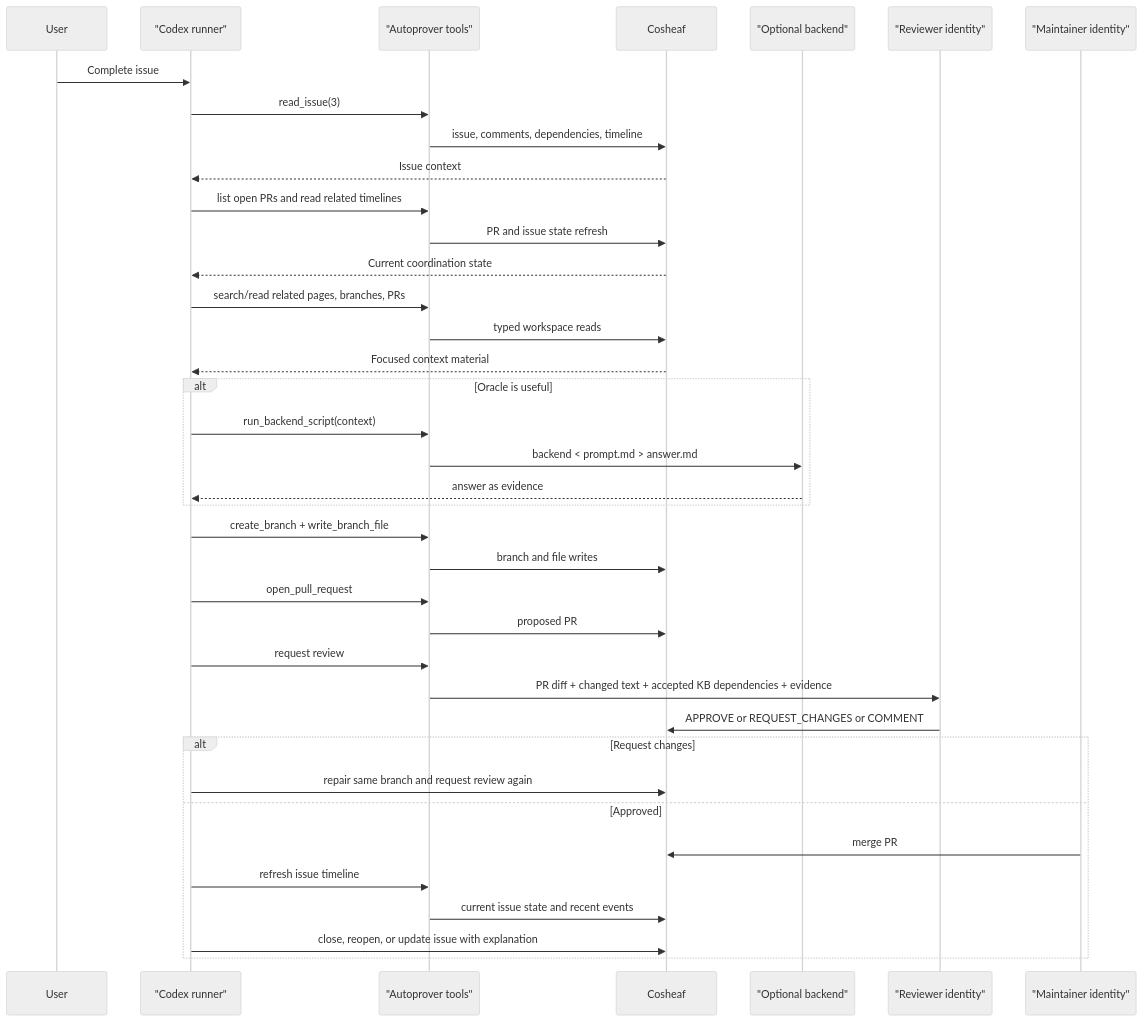
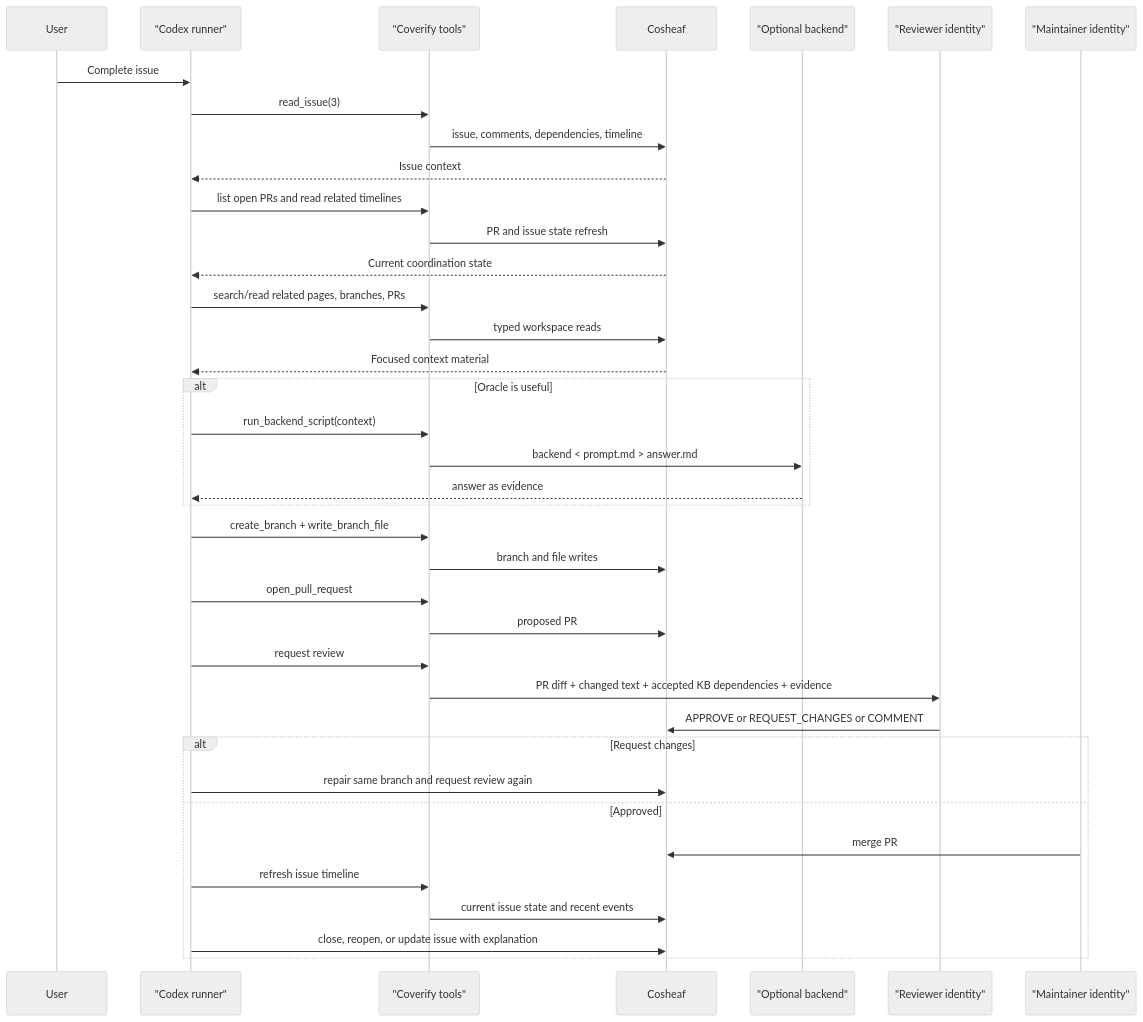
Before and after one commit to chaoxu/coverify: the diagram in docs/design.md, drawn with Mermaid (neutral theme). The commit also changed other lines of this file and 81 other files, not shown here.

Commit message:
Rename autoprover to coverify

````diff
--- a/docs/design.md
+++ b/docs/design.md
@@ -562,44 +562,44 @@
 ```mermaid
 sequenceDiagram
     participant User
     participant Runner as "Codex runner"
-    participant Tools as "Autoprover tools"
+    participant Tools as "Coverify tools"
     participant Cosheaf
     participant Backend as "Optional backend"
     participant Reviewer as "Reviewer identity"
     participant Maintainer as "Maintainer identity"
 
     User->>Runner: Complete issue #3
     Runner->>Tools: read_issue(3)
     Tools->>Cosheaf: issue, comments, dependencies, timeline
     Cosheaf-->>Runner: Issue context
     Runner->>Tools: list open PRs and read related timelines
     Tools->>Cosheaf: PR and issue state refresh
     Cosheaf-->>Runner: Current coordination state
     Runner->>Tools: search/read related pages, branches, PRs
     Tools->>Cosheaf: typed workspace reads
     Cosheaf-->>Runner: Focused context material
 
     alt Oracle is useful
         Runner->>Tools: run_backend_script(context)
         Tools->>Backend: backend < prompt.md > answer.md
         Backend-->>Runner: answer as evidence
     end
 
     Runner->>Tools: create_branch + write_branch_file
     Tools->>Cosheaf: branch and file writes
     Runner->>Tools: open_pull_request
     Tools->>Cosheaf: proposed PR
     Runner->>Tools: request review
     Tools->>Reviewer: PR diff + changed text + accepted KB dependencies + evidence
     Reviewer->>Cosheaf: APPROVE or REQUEST_CHANGES or COMMENT
 
     alt Request changes
         Runner->>Cosheaf: repair same branch and request review again
     else Approved
         Maintainer->>Cosheaf: merge PR
         Runner->>Tools: refresh issue timeline
         Tools->>Cosheaf: current issue state and recent events
         Runner->>Cosheaf: close, reopen, or update issue with explanation
     end
 ```
````
